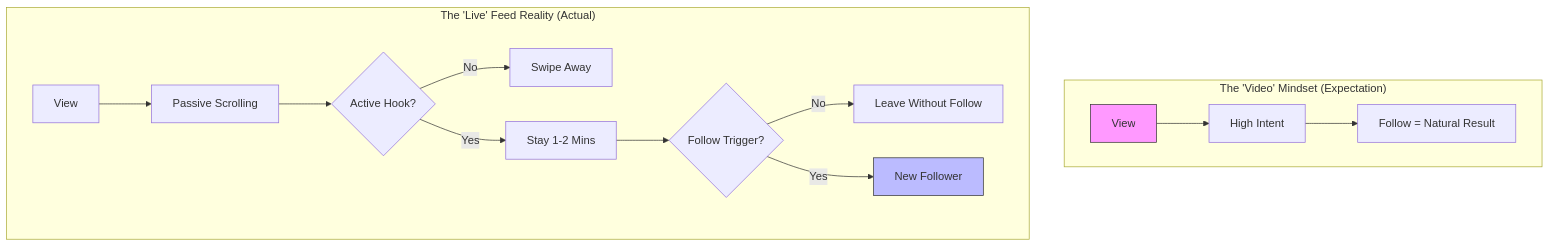
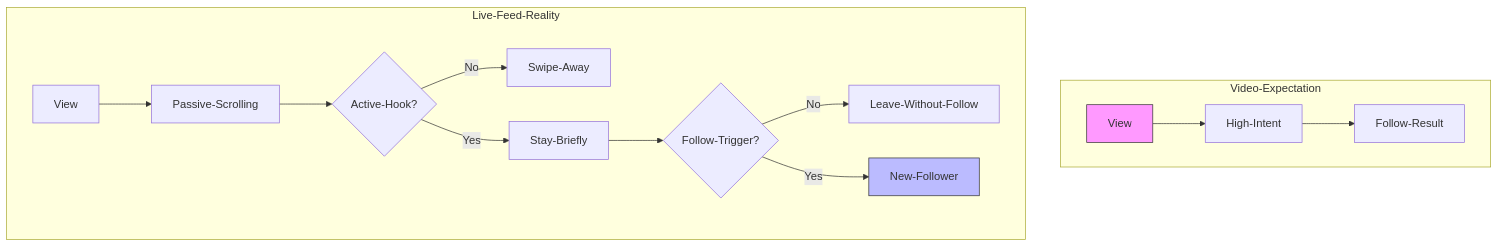
One commit to littl3-boat/ttwise changed the diagram in data/blog/tiktok-live-low-follower-conversion-reality-check-2026.mdx. Above: the diagram before and after it, drawn with Mermaid. The commit also changed 35 other files, not shown here.

First line of the commit message:
feat: fix Mermaid diagram syntax across blog posts and add new Reddit-sourced blog entries

````diff
--- a/data/blog/tiktok-live-low-follower-conversion-reality-check-2026.mdx
+++ b/data/blog/tiktok-live-low-follower-conversion-reality-check-2026.mdx
@@ -24,18 +24,18 @@
 ```mermaid
-graph TD
-    subgraph "The 'Video' Mindset (Expectation)"
-        A[View] --> B[High Intent]
-        B --> C[Follow = Natural Result]
+flowchart TD
+    subgraph Video-Expectation
+        A[View] --> B[High-Intent]
+        B --> C[Follow-Result]
     end
-    subgraph "The 'Live' Feed Reality (Actual)"
-        D[View] --> E[Passive Scrolling]
-        E --> F{"Active Hook?"}
-        F -->|No| G[Swipe Away]
-        F -->|Yes| H[Stay 1-2 Mins]
-        H --> I{"Follow Trigger?"}
-        I -->|No| J[Leave Without Follow]
-        I -->|Yes| K[New Follower]
+    subgraph Live-Feed-Reality
+        D[View] --> E[Passive-Scrolling]
+        E --> F{Active-Hook?}
+        F -- No --> G[Swipe-Away]
+        F -- Yes --> H[Stay-Briefly]
+        H --> I{Follow-Trigger?}
+        I -- No --> J[Leave-Without-Follow]
+        I -- Yes --> K[New-Follower]
     end
     style A fill:#f9f,stroke:#333
     style K fill:#bbf,stroke:#333
 ```
````
